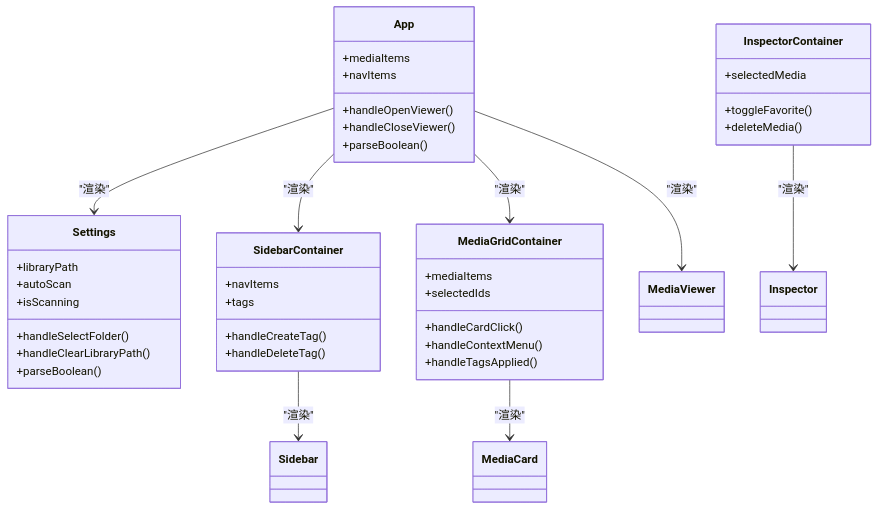
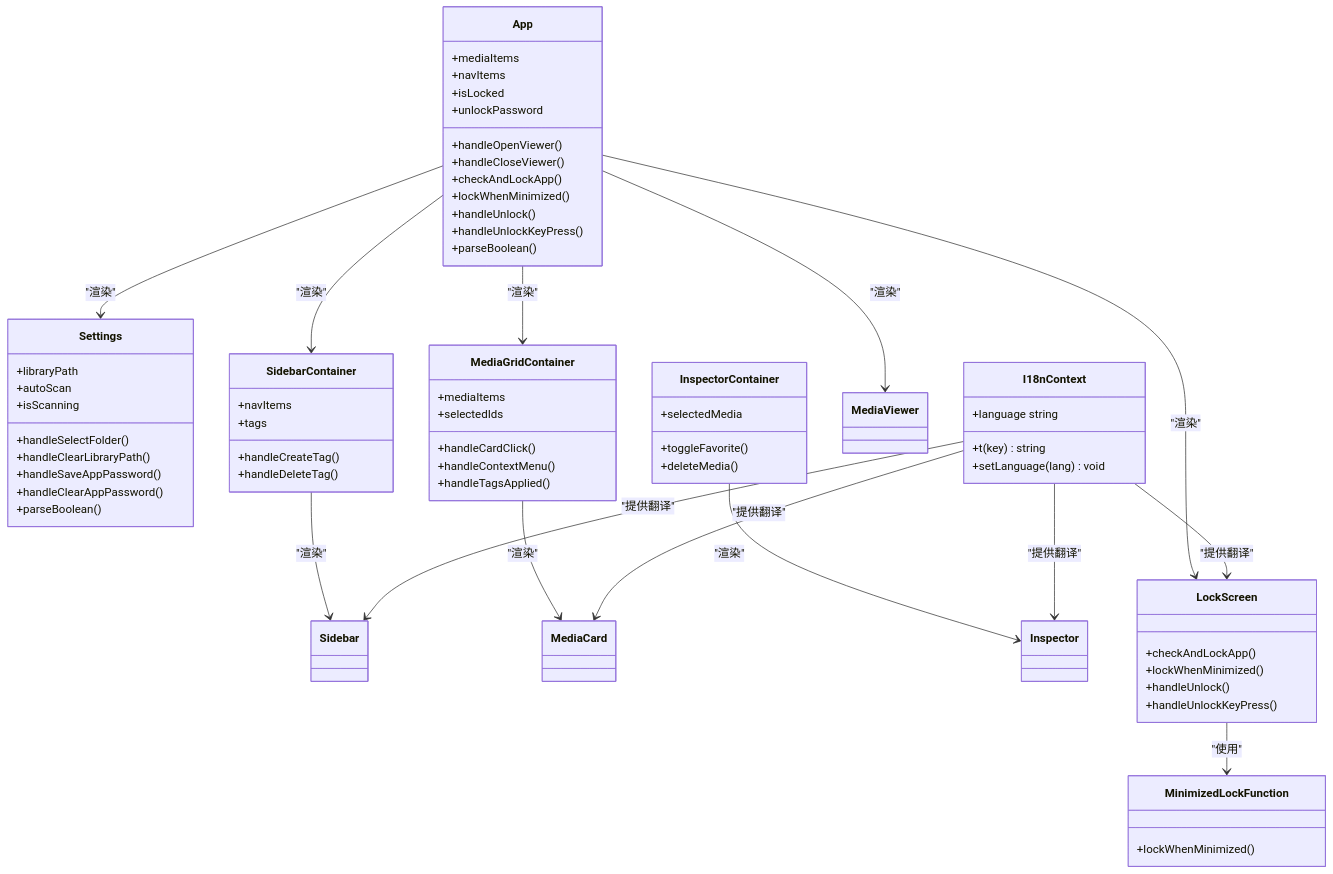
The third of 8 diagrams in doc/repowiki/zh/content/前端开发/前端开发.md (YLee9527/Medex), drawn with Mermaid before and after one commit. The commit also changed other lines of this file and 31 other files, not shown here.

First line of the commit message:
docs(doc): 添加部署脚本、锁屏功能、发布指南及设置按钮图标文档

````diff
--- a/doc/repowiki/zh/content/前端开发/前端开发.md
+++ b/doc/repowiki/zh/content/前端开发/前端开发.md
@@ -203,47 +247,75 @@
 ```mermaid
 classDiagram
 class App {
 +mediaItems
 +navItems
++isLocked
++unlockPassword
 +handleOpenViewer()
 +handleCloseViewer()
++checkAndLockApp()
++lockWhenMinimized()
++handleUnlock()
++handleUnlockKeyPress()
 +parseBoolean()
 }
 class Settings {
 +libraryPath
 +autoScan
 +isScanning
 +handleSelectFolder()
 +handleClearLibraryPath()
++handleSaveAppPassword()
++handleClearAppPassword()
 +parseBoolean()
 }
 class SidebarContainer {
 +navItems
 +tags
 +handleCreateTag()
 +handleDeleteTag()
 }
 class MediaGridContainer {
 +mediaItems
 +selectedIds
 +handleCardClick()
 +handleContextMenu()
 +handleTagsApplied()
 }
 class InspectorContainer {
 +selectedMedia
 +toggleFavorite()
 +deleteMedia()
 }
 class Sidebar
 class MediaCard
 class Inspector
 class MediaViewer
+class I18nContext {
++t(key) string
++language string
++setLanguage(lang) void
+}
+class LockScreen {
++checkAndLockApp()
++lockWhenMinimized()
++handleUnlock()
++handleUnlockKeyPress()
+}
+class MinimizedLockFunction {
++lockWhenMinimized()
+}
 App --> Settings : "渲染"
 App --> SidebarContainer : "渲染"
 App --> MediaGridContainer : "渲染"
 App --> MediaViewer : "渲染"
+App --> LockScreen : "渲染"
 SidebarContainer --> Sidebar : "渲染"
 MediaGridContainer --> MediaCard : "渲染"
 InspectorContainer --> Inspector : "渲染"
+I18nContext --> Sidebar : "提供翻译"
+I18nContext --> Inspector : "提供翻译"
+I18nContext --> MediaCard : "提供翻译"
+I18nContext --> LockScreen : "提供翻译"
+LockScreen --> MinimizedLockFunction : "使用"
 ```
````
